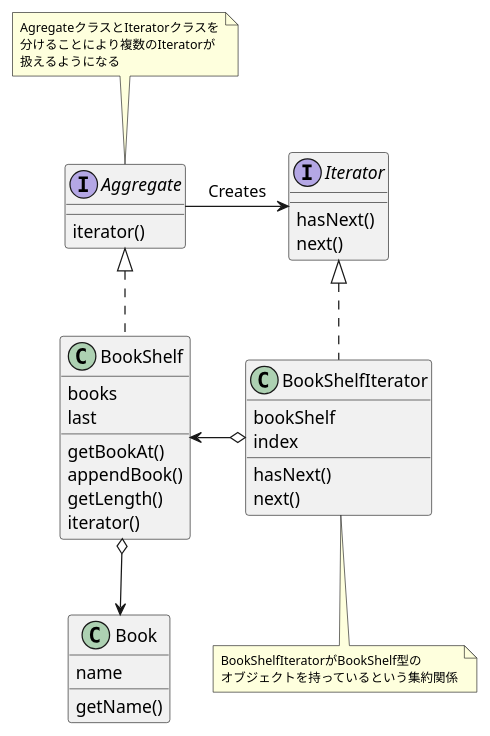
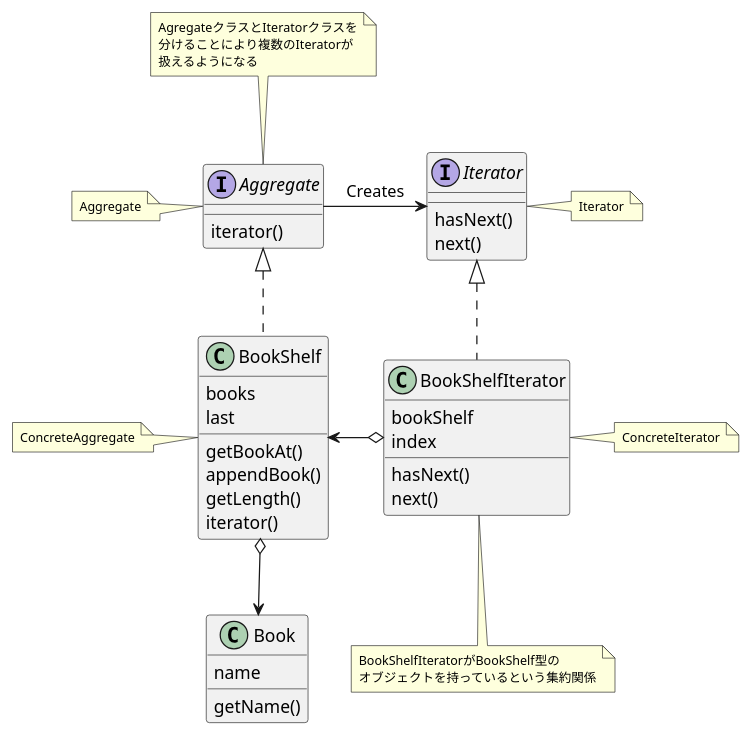
One commit to beatkei/myjava changed the diagram in doc/iterator/iterator.puml. Above: the diagram before and after it, drawn with PlantUML. The commit also changed 10 other files, not shown here.

Commit message:
prototypeを追加＆クラス図に役割名をコメントで追加

```diff
--- a/doc/iterator/iterator.puml
+++ b/doc/iterator/iterator.puml
@@ -1,49 +1,65 @@
 @startuml
 
 class Book {
     name
     getName()
 }
 class BookShelf {
     books
     last
     getBookAt()
     appendBook()
     getLength()
     iterator()
 }
 class BookShelfIterator {
     bookShelf
     index
     hasNext()
     next()
 }
 note bottom
     <size:10>BookShelfIteratorがBookShelf型の
     <size:10>オブジェクトを持っているという集約関係
 end note
 
 
 interface Aggregate {
     iterator()
 }
 
 note top
     <size:10>AgregateクラスとIteratorクラスを
     <size:10>分けることにより複数のIteratorが
     <size:10>扱えるようになる
 end note
 
 
 interface Iterator {
     hasNext()
     next()
 }
 
 Aggregate -ri-> Iterator : Creates
 Iterator <|.. BookShelfIterator
 BookShelfIterator o-le-> BookShelf
 BookShelf o--> Book
 Aggregate <|.do. BookShelf
 
+note left of Aggregate
+    <size:10>Aggregate
+end note
+
+note left of BookShelf
+    <size:10>ConcreteAggregate
+end note
+
+note right of Iterator
+    <size:10>Iterator
+end note
+
+note right of BookShelfIterator
+    <size:10>ConcreteIterator
+end note
+
 @enduml
```
